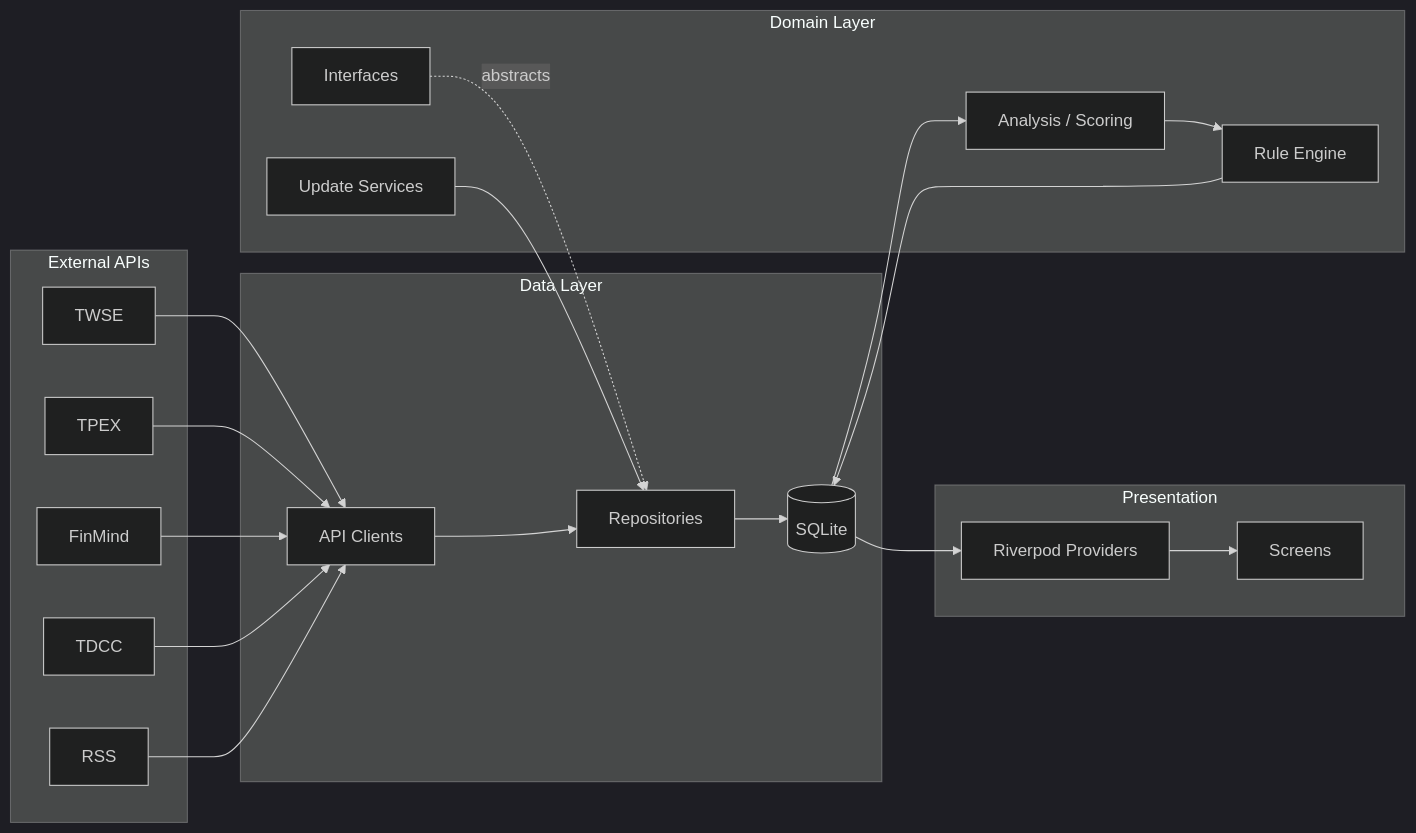
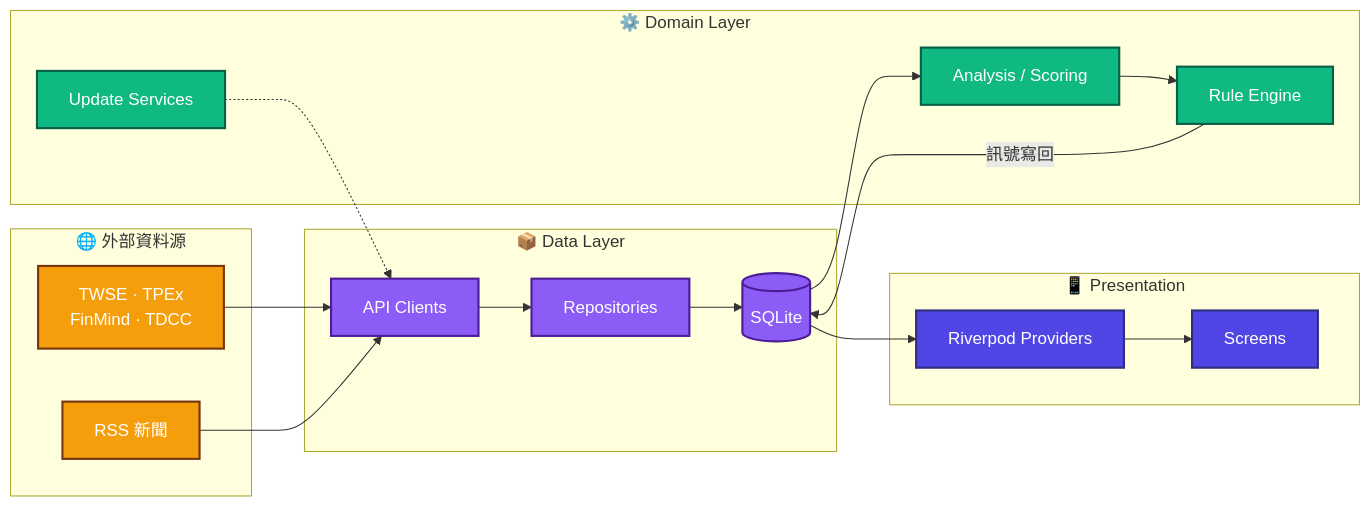
The diagram in README.md (Neal75418/daredevil), drawn with Mermaid before and after one commit. The commit also changed 1 other file, not shown here.

Commit message:
docs: 兩張架構圖重繪——收斂節點、消除交叉、四色語意上色
實機渲染截圖顯示:顏色可讀(原本擔心的 init directive 不是問題),真正的毛病
在版面。README 那張:左側三分之一整片空白(External 疊 5 個節點成高瘦柱,
mermaid 為對齊高度把其餘框往上推)、兩條穿層交叉線(Interfaces -.-> Repositories、
Update Services --> Repositories)、subgraph 深灰容器與深黑節點糊成框中框。

改動:

- **收斂外部源** 5 節點 → 2(`TWSE·TPEx / FinMind·TDCC` 合併 + RSS)。讀者要知道
  的是「有這些來源」,不是各佔一格。高度變 2/3/3/2 平衡結構,左側空白消失
- **刪 Interfaces 抽象線**:實作細節,對讀者零價值卻製造穿層交叉
- **Update Services 改虛線指向 API Clients**:語意更準(它驅動抓取而非直接寫 repo),
  且不再逆向穿層
- **四色語意 classDef**(Tailwind 500 飽和 fill + 白字 + 深 stroke):外部源琥珀、
  Data 紫、Domain 綠、Presentation 靛。取代 `%%{init:theme:dark}%%`——後者在
  兩種 mode 下表現不一,飽和 fill + 白字兩邊都穩
- subgraph 標題加 emoji 前綴,弱化框中框的視覺

CLAUDE.md 那張渲染本來就乾淨(線性、無交叉),僅套用同一組語意色與 emoji,
讓兩份文件的圖視覺一致。

````diff
--- a/README.md
+++ b/README.md
@@ -90,37 +90,42 @@
 ```mermaid
-%%{init: {'theme': 'dark'}}%%
 flowchart LR
-    subgraph External["External APIs"]
-        TWSE["TWSE"]
-        TPEX["TPEX"]
-        FM["FinMind"]
-        TDCC["TDCC"]
-        RSS["RSS"]
+    subgraph EXT["🌐 外部資料源"]
+        API["TWSE · TPEx<br/>FinMind · TDCC"]
+        RSS["RSS 新聞"]
     end
 
-    subgraph Data["Data Layer"]
-        Remote["API Clients"]
-        Repo["Repositories"]
+    subgraph DATA["📦 Data Layer"]
+        CLI["API Clients"]
+        REPO["Repositories"]
         DB[("SQLite")]
     end
 
-    subgraph Domain["Domain Layer"]
-        IF["Interfaces"]
-        Services["Analysis / Scoring"]
-        Rules["Rule Engine"]
-        Update["Update Services"]
+    subgraph DOM["⚙️ Domain Layer"]
+        UPD["Update Services"]
+        ANA["Analysis / Scoring"]
+        RULE["Rule Engine"]
     end
 
-    subgraph Presentation["Presentation"]
-        Provider["Riverpod Providers"]
+    subgraph PRES["📱 Presentation"]
+        PROV["Riverpod Providers"]
         UI["Screens"]
     end
 
-    TWSE & TPEX & FM & TDCC & RSS --> Remote
-    Remote --> Repo --> DB
-    IF -.->|abstracts| Repo
-    DB --> Services --> Rules
-    Rules --> DB
-    Update --> Repo
-    DB --> Provider --> UI
+    API --> CLI
+    RSS --> CLI
+    CLI --> REPO --> DB
+    UPD -.-> CLI
+    DB --> ANA --> RULE
+    RULE -->|訊號寫回| DB
+    DB --> PROV --> UI
+
+    classDef ext fill:#F59E0B,stroke:#78350F,stroke-width:2px,color:#FFFFFF
+    classDef data fill:#8B5CF6,stroke:#4C1D95,stroke-width:2px,color:#FFFFFF
+    classDef dom fill:#10B981,stroke:#065F46,stroke-width:2px,color:#FFFFFF
+    classDef pres fill:#4F46E5,stroke:#312E81,stroke-width:2px,color:#FFFFFF
+
+    class API,RSS ext
+    class CLI,REPO,DB data
+    class UPD,ANA,RULE dom
+    class PROV,UI pres
 ```
````
